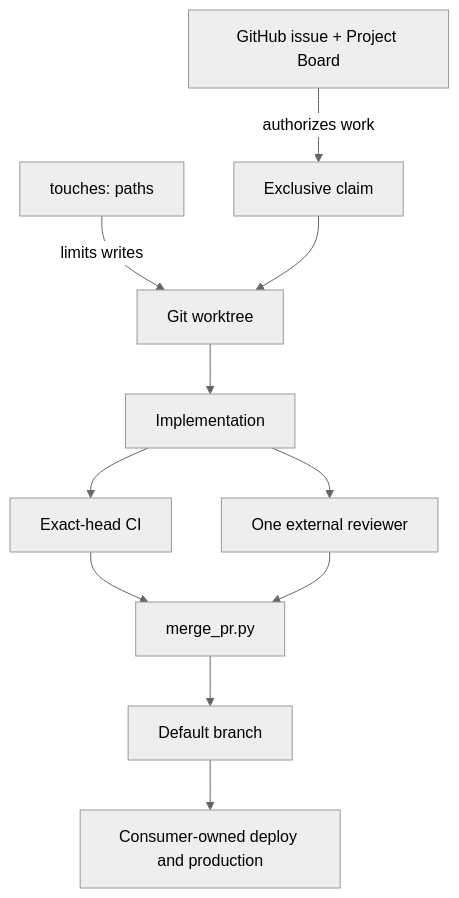
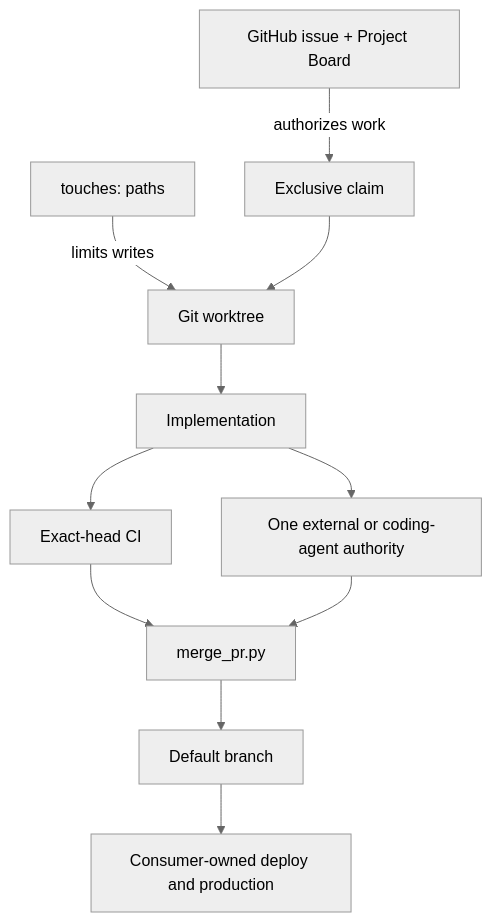
One commit to gillella/Aru_Agentic_SDLC changed the third of 5 diagrams in docs/OPERATIONS.md. Above: the diagram before and after it, drawn with Mermaid (neutral theme). The commit also changed other lines of this file and 17 other files, not shown here.

Commit message:
fix(review): authorize coding-agent fallback

````diff
--- a/docs/OPERATIONS.md
+++ b/docs/OPERATIONS.md
@@ -99,13 +99,13 @@
 ```mermaid
 flowchart TB
     ISSUE[GitHub issue + Project Board] -->|authorizes work| CLAIM[Exclusive claim]
     TOUCHES[touches: paths] -->|limits writes| WORKTREE[Git worktree]
     CLAIM --> WORKTREE
     WORKTREE --> CHANGE[Implementation]
     CHANGE --> CI[Exact-head CI]
-    CHANGE --> REVIEW[One external reviewer]
+    CHANGE --> REVIEW[One external or coding-agent authority]
     CI --> GATE[merge_pr.py]
     REVIEW --> GATE
     GATE --> MAIN[Default branch]
     MAIN --> CONSUMER[Consumer-owned deploy and production]
 ```
````
